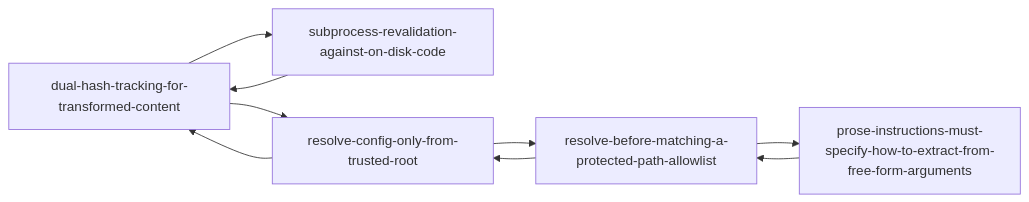
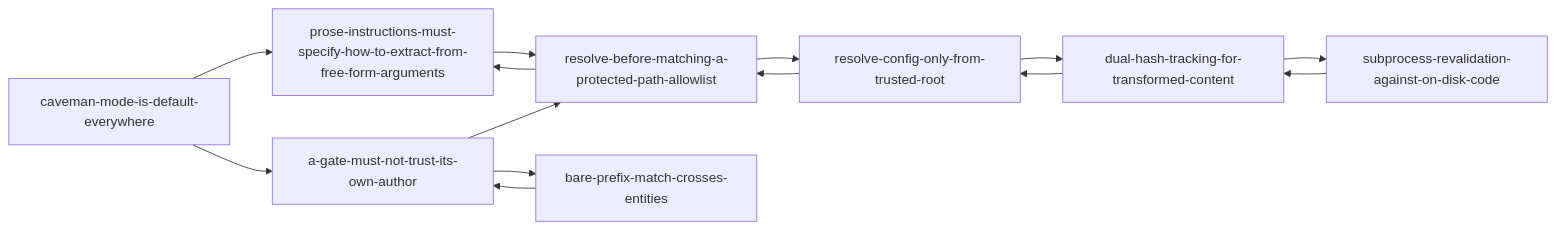
One commit to masterpol/ai-workflow changed the diagram in .project/knowledge/index.md. Above: the diagram before and after it, drawn with Mermaid. The commit also changed other lines of this file and 122 other files, not shown here.

````diff
--- a/.project/knowledge/index.md
+++ b/.project/knowledge/index.md
@@ -44,11 +57,16 @@
 ```mermaid
 graph LR
+  caveman-mode-is-default-everywhere --> prose-instructions-must-specify-how-to-extract-from-free-form-arguments
+  caveman-mode-is-default-everywhere --> a-gate-must-not-trust-its-own-author
+  a-gate-must-not-trust-its-own-author --> resolve-before-matching-a-protected-path-allowlist
+  a-gate-must-not-trust-its-own-author --> bare-prefix-match-crosses-entities
   dual-hash-tracking-for-transformed-content --> subprocess-revalidation-against-on-disk-code
   dual-hash-tracking-for-transformed-content --> resolve-config-only-from-trusted-root
   resolve-before-matching-a-protected-path-allowlist --> resolve-config-only-from-trusted-root
   resolve-before-matching-a-protected-path-allowlist --> prose-instructions-must-specify-how-to-extract-from-free-form-arguments
   resolve-config-only-from-trusted-root --> dual-hash-tracking-for-transformed-content
   resolve-config-only-from-trusted-root --> resolve-before-matching-a-protected-path-allowlist
   subprocess-revalidation-against-on-disk-code --> dual-hash-tracking-for-transformed-content
+  bare-prefix-match-crosses-entities --> a-gate-must-not-trust-its-own-author
   prose-instructions-must-specify-how-to-extract-from-free-form-arguments --> resolve-before-matching-a-protected-path-allowlist
 ```
````
